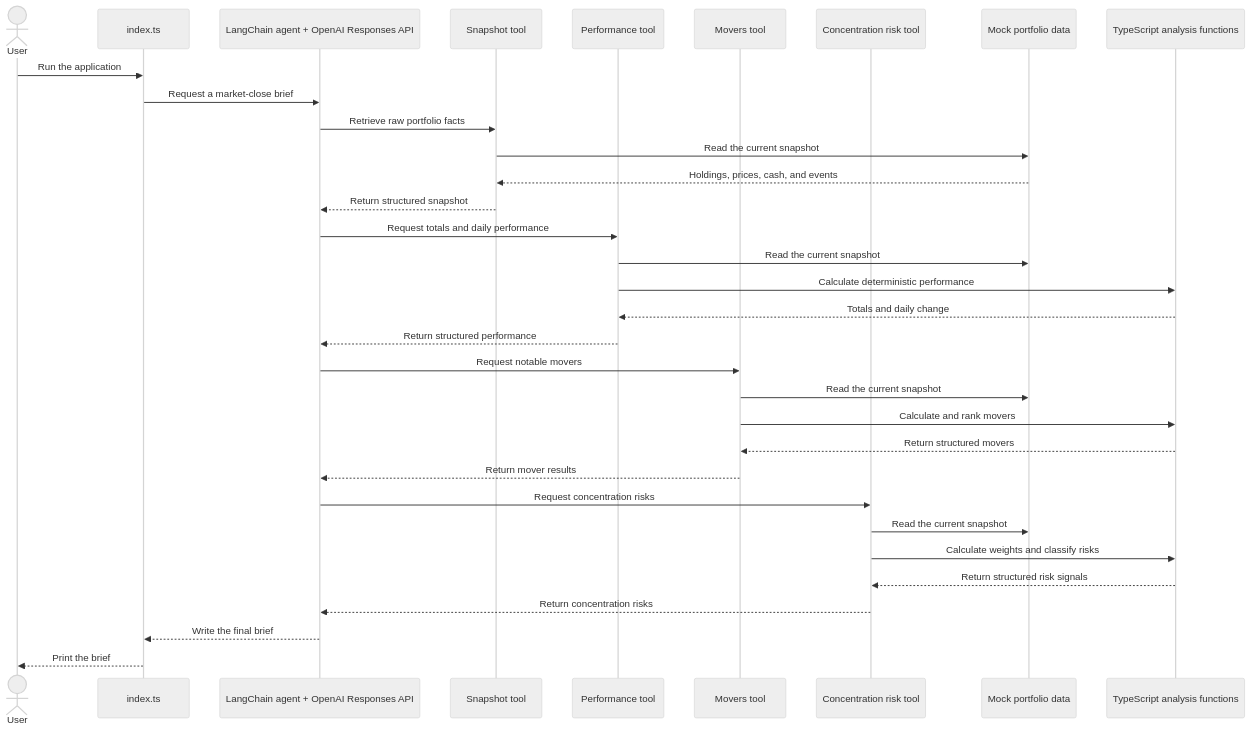
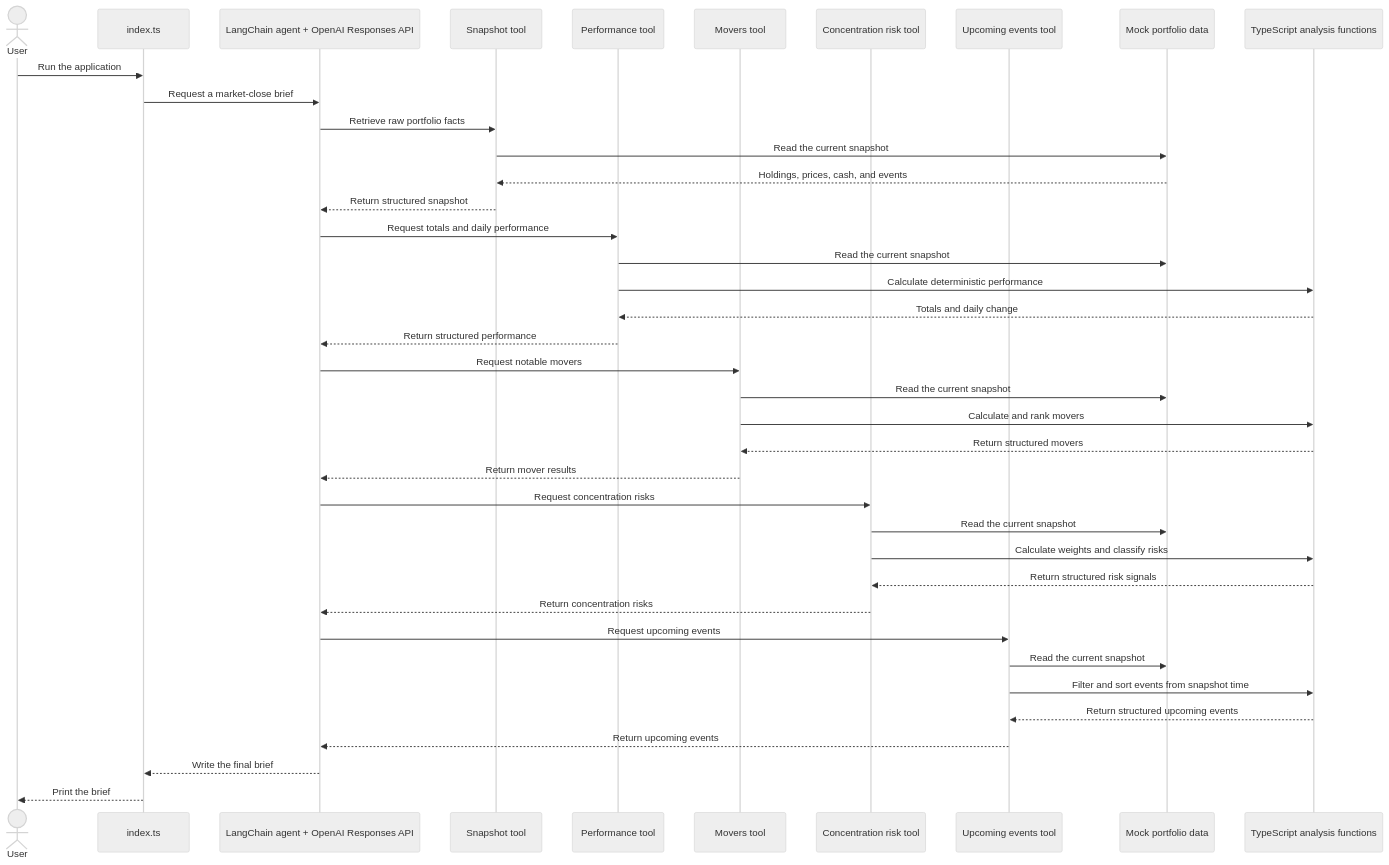
The diagram in architecture.md (ayomidecole/Daily-Portfolio-Brief-Agent), drawn with Mermaid (neutral theme) before and after one commit. The commit also changed other lines of this file and 4 other files, not shown here.

Commit message:
Add getUpcomingPortfolioEventsTool to portfolioBriefAgent for upcoming events retrieval, update architecture diagram to include new events tool, and implement event selection logic with corresponding tests for event filtering and sorting functionality.

````diff
--- a/architecture.md
+++ b/architecture.md
@@ -11,36 +11,42 @@
 ```mermaid
 sequenceDiagram
     actor User
     participant CLI as index.ts
     participant Agent as LangChain agent + OpenAI Responses API
     participant Snapshot as Snapshot tool
     participant Performance as Performance tool
     participant Movers as Movers tool
     participant Risk as Concentration risk tool
+    participant Events as Upcoming events tool
     participant Data as Mock portfolio data
     participant Analysis as TypeScript analysis functions
 
     User->>CLI: Run the application
     CLI->>Agent: Request a market-close brief
     Agent->>Snapshot: Retrieve raw portfolio facts
     Snapshot->>Data: Read the current snapshot
     Data-->>Snapshot: Holdings, prices, cash, and events
     Snapshot-->>Agent: Return structured snapshot
     Agent->>Performance: Request totals and daily performance
     Performance->>Data: Read the current snapshot
     Performance->>Analysis: Calculate deterministic performance
     Analysis-->>Performance: Totals and daily change
     Performance-->>Agent: Return structured performance
     Agent->>Movers: Request notable movers
     Movers->>Data: Read the current snapshot
     Movers->>Analysis: Calculate and rank movers
     Analysis-->>Movers: Return structured movers
     Movers-->>Agent: Return mover results
     Agent->>Risk: Request concentration risks
     Risk->>Data: Read the current snapshot
     Risk->>Analysis: Calculate weights and classify risks
     Analysis-->>Risk: Return structured risk signals
     Risk-->>Agent: Return concentration risks
+    Agent->>Events: Request upcoming events
+    Events->>Data: Read the current snapshot
+    Events->>Analysis: Filter and sort events from snapshot time
+    Analysis-->>Events: Return structured upcoming events
+    Events-->>Agent: Return upcoming events
     Agent-->>CLI: Write the final brief
     CLI-->>User: Print the brief
 ```
````
